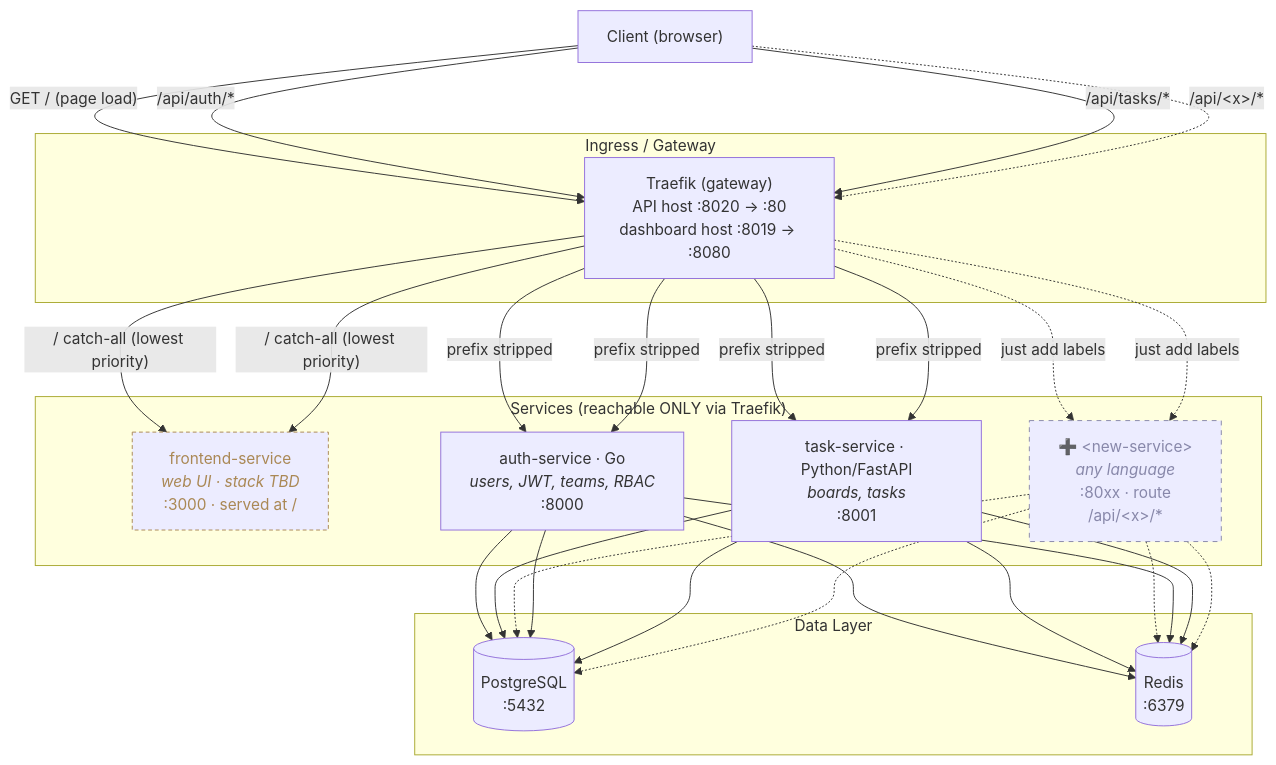
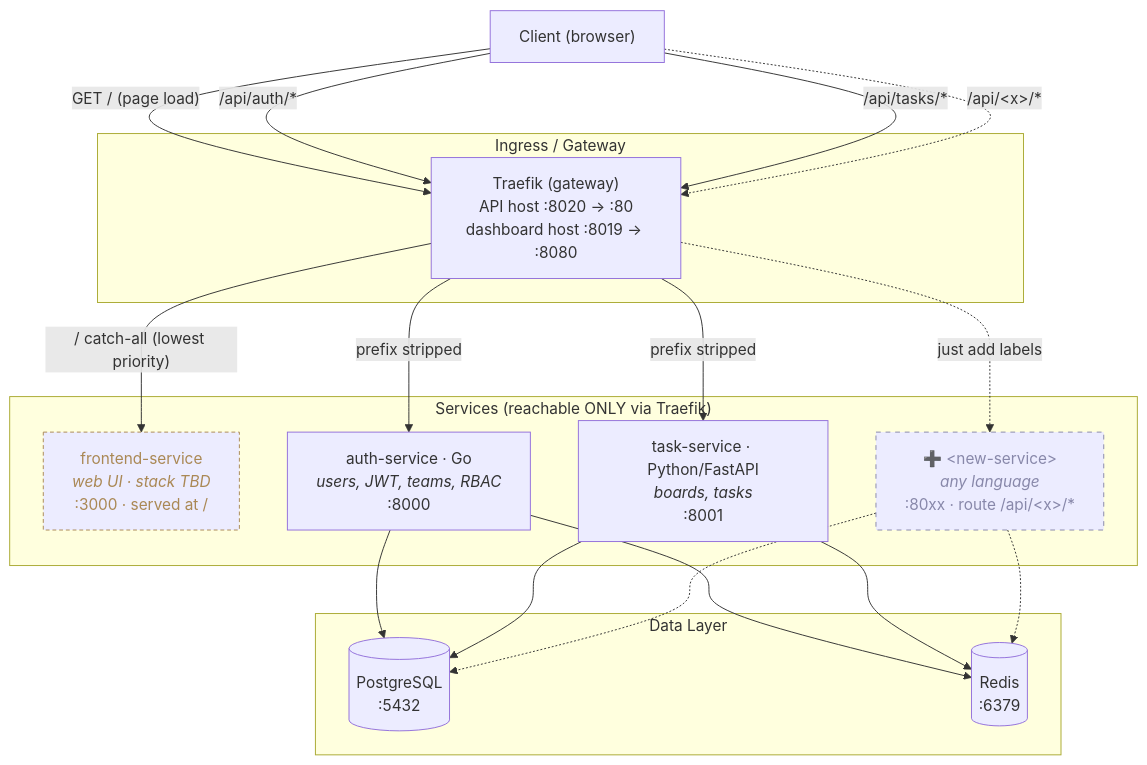
One commit to jaygaha/saas-microservices-starter changed the diagram in README.md. Above: the diagram before and after it, drawn with Mermaid. The commit also changed other lines of this file and 21 other files, not shown here.

Commit message:
feat: wire auth-service to Postgres/Redis + sqlc users layer

````diff
--- a/README.md
+++ b/README.md
@@ -13,60 +13,42 @@
 ```mermaid
 graph TD
     Client["Client (browser)"]
 
     subgraph Entry ["Ingress / Gateway"]
         Traefik["Traefik (gateway)<br/>API host :8020 → :80<br/>dashboard host :8019 → :8080"]
     end
 
     subgraph Services ["Services (reachable ONLY via Traefik)"]
         FrontendService["frontend-service<br/><i>web UI · stack TBD</i><br/>:3000 · served at /"]
         AuthService["auth-service · Go<br/><i>users, JWT, teams, RBAC</i><br/>:8000"]
         TaskService["task-service · Python/FastAPI<br/><i>boards, tasks</i><br/>:8001"]
-        NewService["➕ &lt;new-service&gt;<br/><i>any language</i><br/>:80xx · route
-/api/&lt;x&gt;/*"]
+        NewService["➕ &lt;new-service&gt;<br/><i>any language</i><br/>:80xx · route /api/&lt;x&gt;/*"]
     end
 
     subgraph Storage ["Data Layer"]
         Postgres[("PostgreSQL<br/>:5432")]
         Redis[("Redis<br/>:6379")]
     end
 
     Client -->|"GET / (page load)"| Traefik
     Client -->|"/api/auth/*"| Traefik
     Client -->|"/api/tasks/*"| Traefik
     Client -.->|"/api/&lt;x&gt;/*"| Traefik
 
     Traefik -->|"/ catch-all (lowest priority)"| FrontendService
     Traefik -->|"prefix stripped"| AuthService
     Traefik -->|"prefix stripped"| TaskService
     Traefik -.->|"just add labels"| NewService
 
     AuthService --> Postgres
     AuthService --> Redis
     TaskService --> Postgres
     TaskService --> Redis
     NewService -.-> Postgres
     NewService -.-> Redis
 
     classDef future stroke-dasharray: 5 5,stroke:#8888aa,color:#8888aa;
     classDef tbd stroke-dasharray: 4 3,stroke:#aa8855,color:#aa8855;
     class NewService future;
     class FrontendService tbd;
-
-    Traefik -->|"/ catch-all (lowest priority)"| FrontendService
-    Traefik -->|"prefix stripped"| AuthService
-    Traefik -->|"prefix stripped"| TaskService
-    Traefik -.->|"just add labels"| NewService
-
-    AuthService --> Postgres
-    AuthService --> Redis
-    TaskService --> Postgres
-    TaskService --> Redis
-    NewService -.-> Postgres
-    NewService -.-> Redis
-
-    classDef future stroke-dasharray: 5 5,stroke:#8888aa,color:#8888aa;
-    classDef tbd stroke-dasharray: 4 3,stroke:#aa8855,color:#aa8855;
-    class NewService future;
-    class FrontendService tbd;
 ```
````
